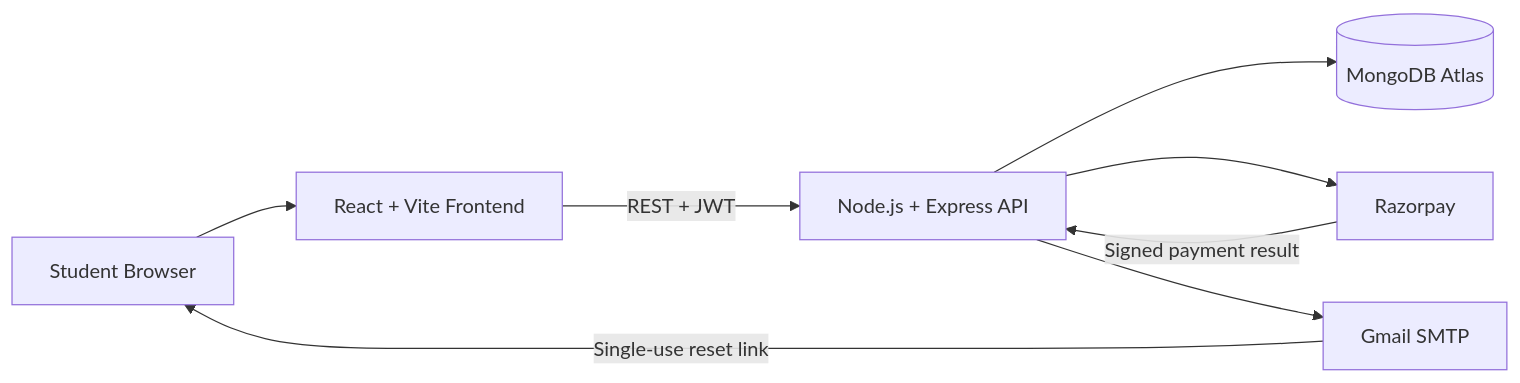
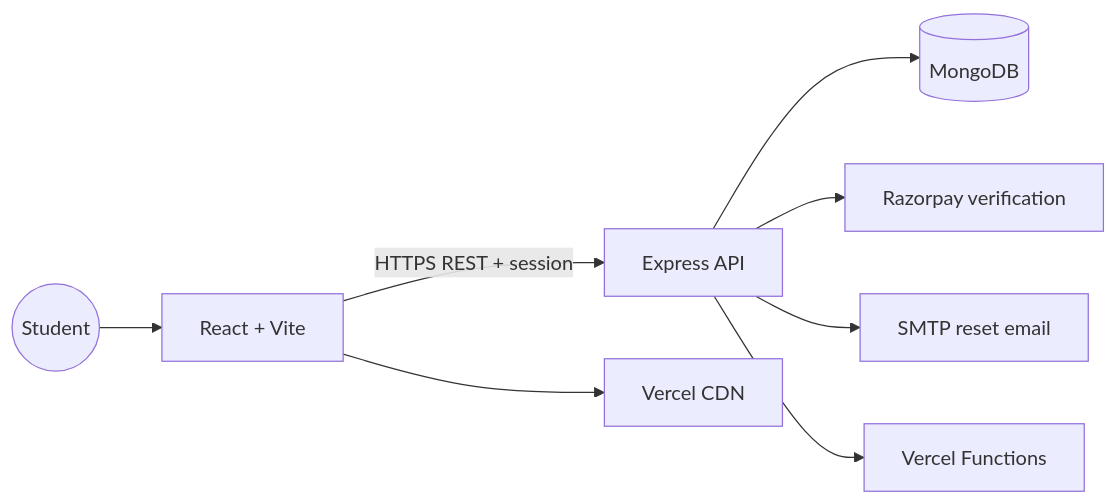
Before and after one commit to khushisoni2004/codepath-learning: the diagram in README.md, drawn with Mermaid. The commit also changed other lines of this file, not shown here.

````diff
--- a/README.md
+++ b/README.md
@@ -90,10 +38,10 @@
-```mermaid
+~~~mermaid
 flowchart LR
-    S["Student Browser"] --> F["React + Vite Frontend"]
-    F -->|"REST + JWT"| B["Node.js + Express API"]
-    B --> M[("MongoDB Atlas")]
-    B --> R["Razorpay"]
-    B --> E["Gmail SMTP"]
-    R -->|"Signed payment result"| B
-    E -->|"Single-use reset link"| S
-```
+  U((Student)) --> W[React + Vite]
+  W -->|HTTPS REST + session| A[Express API]
+  A --> DB[(MongoDB)]
+  A --> P[Razorpay verification]
+  A --> M[SMTP reset email]
+  W --> V[Vercel CDN]
+  A --> F[Vercel Functions]
+~~~
````
